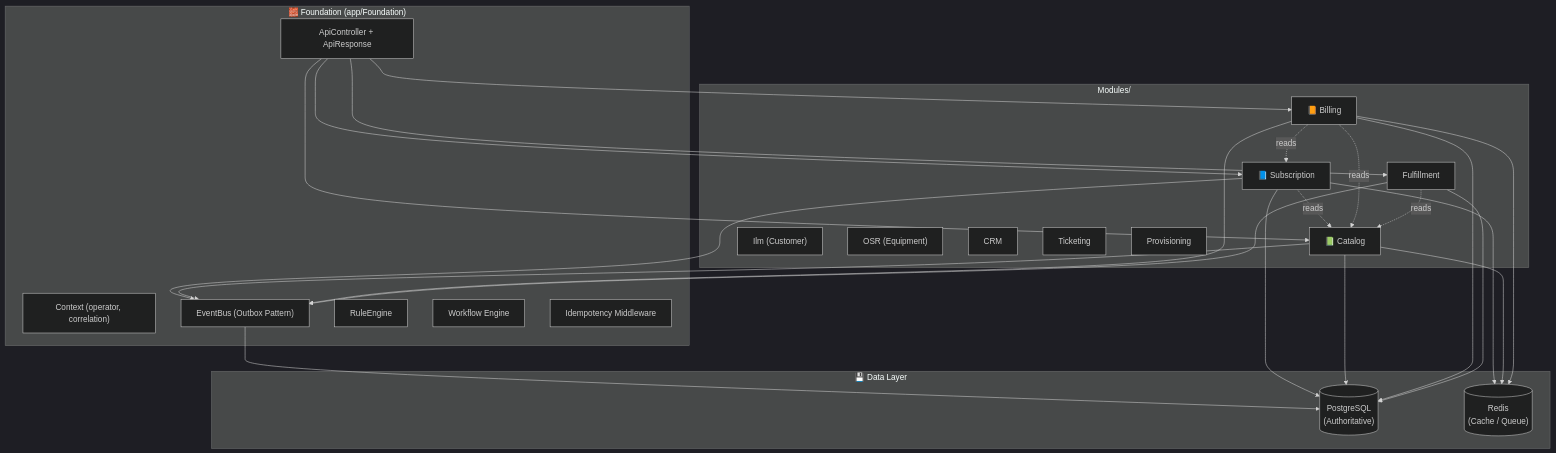
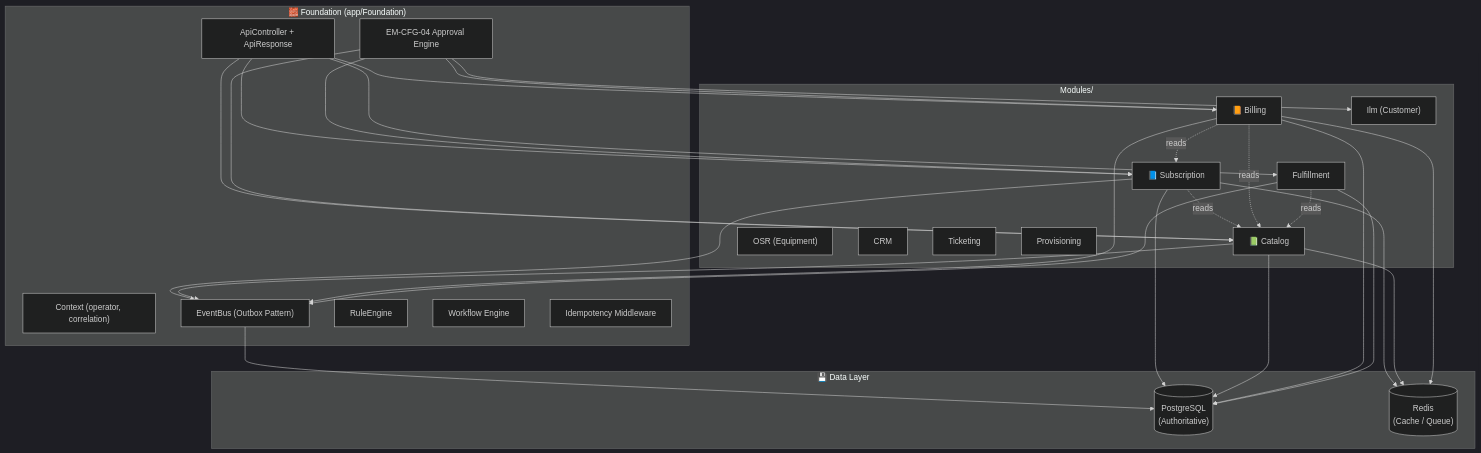
Before and after one commit to papepapesg/csp: the diagram in docs/archi2/README.md, drawn with Mermaid (dark theme). The commit also changed other lines of this file and 5 other files, not shown here.

First line of the commit message:
docs(archi2): Regenerate all 6 onboarding docs with EM-CFG-04 unified approval engine

````diff
--- a/docs/archi2/README.md
+++ b/docs/archi2/README.md
@@ -121,53 +127,59 @@
 ```mermaid
 flowchart TB
     subgraph Foundation["🧱 Foundation (app/Foundation)"]
         API["ApiController + ApiResponse"]
         CTX["Context (operator, correlation)"]
         BUS["EventBus (Outbox Pattern)"]
         RULES["RuleEngine"]
         WF["Workflow Engine"]
         IDEM["Idempotency Middleware"]
+        APR["EM-CFG-04 Approval Engine"]
     end
 
     subgraph Modules["Modules/"]
         SUB_M["📘 Subscription"]
         CAT_M["📗 Catalog"]
         BIL_M["📙 Billing"]
         FUL_M["Fulfillment"]
         ILM_M["Ilm (Customer)"]
         OSR_M["OSR (Equipment)"]
         CRM_M["CRM"]
         TICK["Ticketing"]
         PROV["Provisioning"]
     end
 
     subgraph Data["💾 Data Layer"]
         PG[("PostgreSQL\n(Authoritative)")]
         RD[("Redis\n(Cache / Queue)")]
     end
 
     API --> SUB_M
     API --> CAT_M
     API --> BIL_M
     API --> FUL_M
 
+    APR --> SUB_M
+    APR --> BIL_M
+    APR --> ILM_M
+    APR --> CAT_M
+
     SUB_M --> BUS
     CAT_M --> BUS
     BIL_M --> BUS
     FUL_M --> BUS
 
     BUS --> PG
     SUB_M --> PG
     CAT_M --> PG
     BIL_M --> PG
     FUL_M --> PG
 
     SUB_M --> RD
     CAT_M --> RD
     BIL_M --> RD
 
     SUB_M -.reads.-> CAT_M
     BIL_M -.reads.-> CAT_M
     BIL_M -.reads.-> SUB_M
     FUL_M -.reads.-> CAT_M
 ```
````
